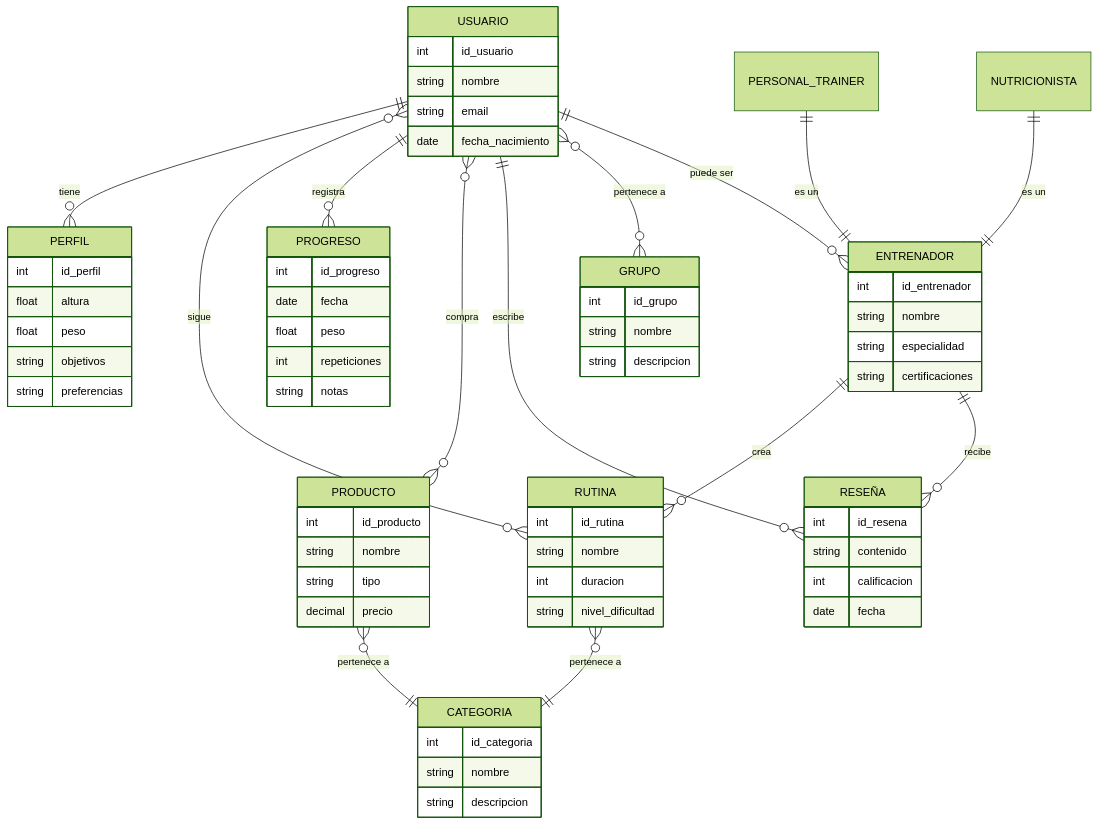
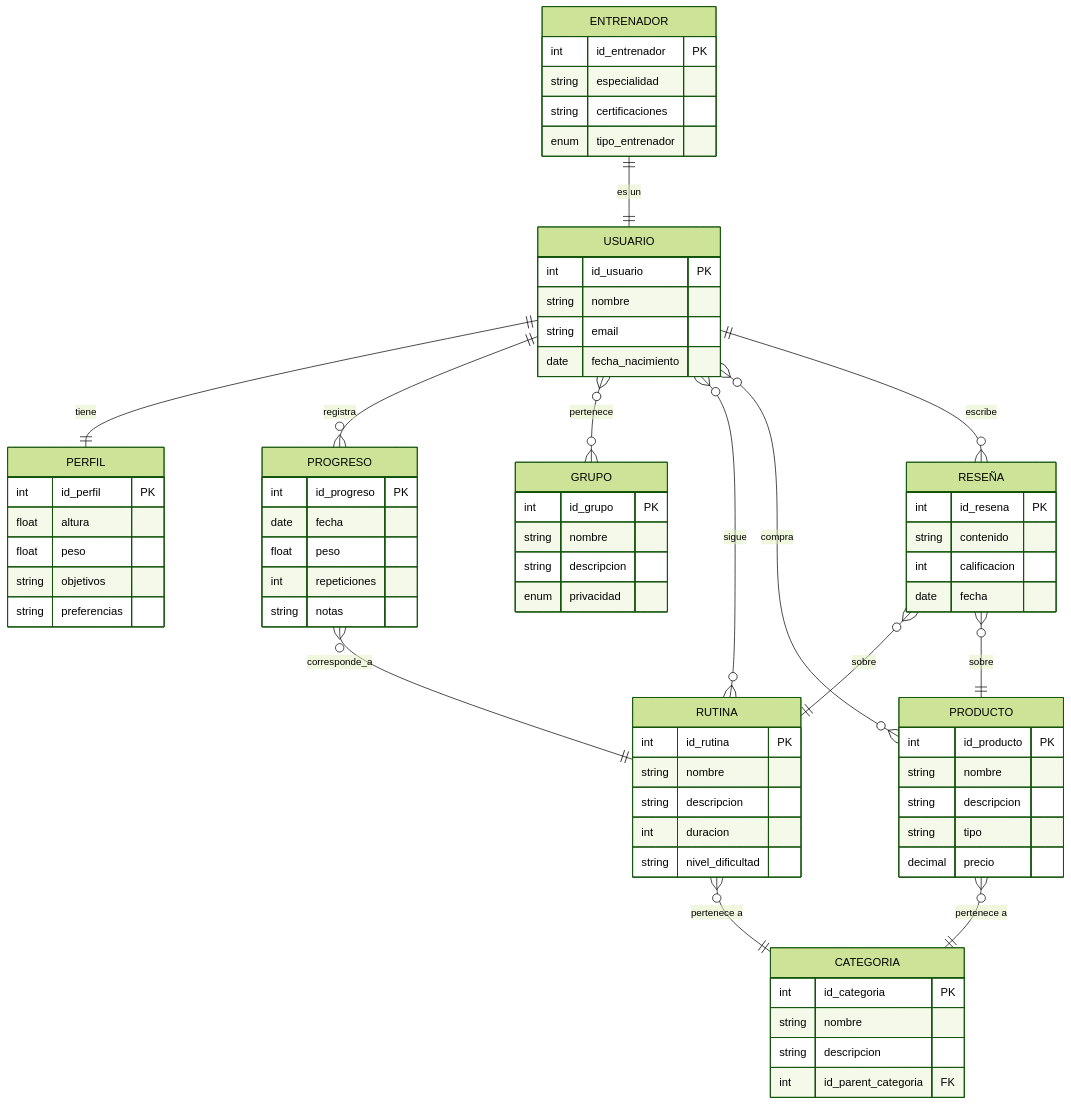
One commit to ricardorubio1310/BaseDeDatos1-25-26 changed the diagram in Clases/Clase 2/14_DER_ejercicio_3.md. Above: the diagram before and after it, drawn with Mermaid (forest theme). The commit also changed 3 other files, not shown here.

````diff
--- a/Clases/Clase 2/14_DER_ejercicio_3.md
+++ b/Clases/Clase 2/14_DER_ejercicio_3.md
@@ -3,80 +3,88 @@
 ```mermaid
 erDiagram
-USUARIO ||--o{ PERFIL : "tiene"
-USUARIO }o--o{ RUTINA : "sigue"
-ENTRENADOR ||--o{ RUTINA : "crea"
-USUARIO ||--o{ PROGRESO : "registra"
-USUARIO }o--o{ PRODUCTO : "compra"
-USUARIO ||--o{ RESEÑA : "escribe"
-ENTRENADOR ||--o{ RESEÑA : "recibe"
-RUTINA }o--|| CATEGORIA : "pertenece a"
-PRODUCTO }o--|| CATEGORIA : "pertenece a"
-USUARIO }o--o{ GRUPO : "pertenece a"
-USUARIO ||--o{ ENTRENADOR : "puede ser"
+    %% === ENTIDADES ===
+    USUARIO ||--|| PERFIL : "tiene"
+    USUARIO ||--o{ PROGRESO : "registra"
+    USUARIO }o--o{ GRUPO : "pertenece"
+    USUARIO }o--o{ RUTINA : "sigue"
+    USUARIO }o--o{ PRODUCTO : "compra"
+    USUARIO ||--o{ RESEÑA : "escribe"
 
-USUARIO {
-    int id_usuario
-    string nombre
-    string email
-    date fecha_nacimiento
-}
+    ENTRENADOR ||--|| USUARIO : "es un"
 
-ENTRENADOR {
-    int id_entrenador
-    string nombre
-    string especialidad
-    string certificaciones
-}
+    RUTINA }o--|| CATEGORIA : "pertenece a"
+    PRODUCTO }o--|| CATEGORIA : "pertenece a"
 
-PERSONAL_TRAINER ||--|| ENTRENADOR : "es un"
-NUTRICIONISTA ||--|| ENTRENADOR : "es un"
+    RESEÑA }o--|| RUTINA : "sobre "
+    RESEÑA }o--|| PRODUCTO : "sobre "
+    PROGRESO }o--|| RUTINA : "corresponde_a"
 
-PERFIL {
-    int id_perfil
-    float altura
-    float peso
-    string objetivos
-    string preferencias
-}
+    %% === ATRIBUTOS PRINCIPALES ===
+    USUARIO {
+        int id_usuario PK
+        string nombre
+        string email
+        date fecha_nacimiento
+    }
 
-RUTINA {
-    int id_rutina
-    string nombre
-    int duracion
-    string nivel_dificultad
-}
+    PERFIL {
+        int id_perfil PK
+        float altura
+        float peso
+        string objetivos
+        string preferencias
+    }
 
-PROGRESO {
-    int id_progreso
-    date fecha
-    float peso
-    int repeticiones
-    string notas
-}
+    ENTRENADOR {
+        int id_entrenador PK
+        string especialidad
+        string certificaciones
+        enum tipo_entrenador
+    }
 
-PRODUCTO {
-    int id_producto
-    string nombre
-    string tipo
-    decimal precio
-}
+    RUTINA {
+        int id_rutina PK
+        string nombre
+        string descripcion
+        int duracion
+        string nivel_dificultad
+    }
 
-RESEÑA {
-    int id_resena
-    string contenido
-    int calificacion
-    date fecha
-}
+    PROGRESO {
+        int id_progreso PK
+        date fecha
+        float peso
+        int repeticiones
+        string notas
+    }
 
-GRUPO {
-    int id_grupo
-    string nombre
-    string descripcion
-}
+    PRODUCTO {
+        int id_producto PK
+        string nombre
+        string descripcion
+        string tipo
+        decimal precio
+    }
 
-CATEGORIA {
-    int id_categoria
-    string nombre
-    string descripcion
-}
+    CATEGORIA {
+        int id_categoria PK
+        string nombre
+        string descripcion
+        int id_parent_categoria FK
+    }
+
+    GRUPO {
+        int id_grupo PK
+        string nombre
+        string descripcion
+        enum privacidad
+    }
+
+    RESEÑA {
+        int id_resena PK
+        string contenido
+        int calificacion
+        date fecha
+        %% NOTA: debe referenciar exactamente a un producto O una rutina
+    }
 ```
````
